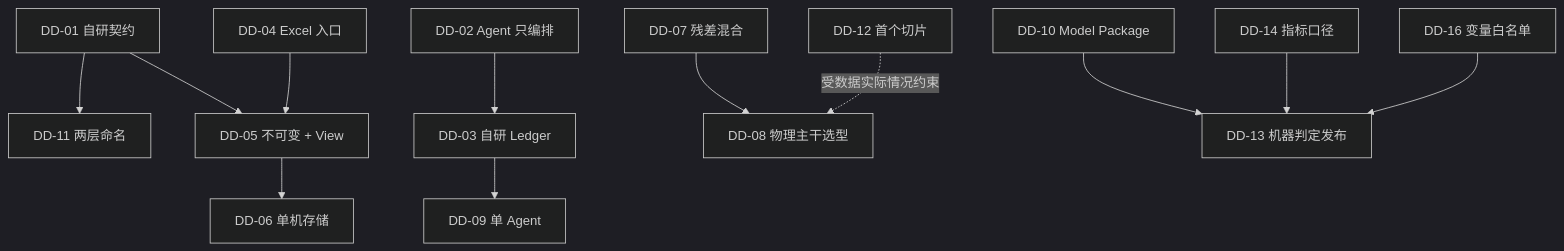
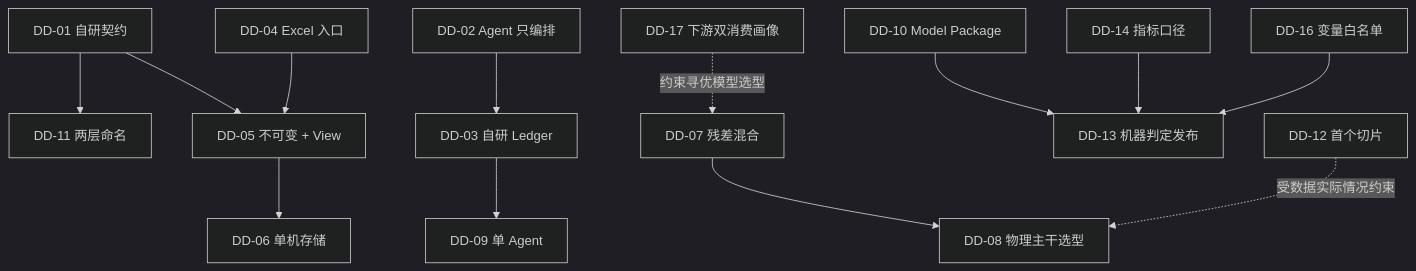
The diagram in docs/design-decisions.md (66-zhimeng/ThermoForge), drawn with Mermaid (dark theme) before and after one commit. The commit also changed other lines of this file and 6 other files, not shown here.

````diff
--- a/docs/design-decisions.md
+++ b/docs/design-decisions.md
@@ -319,14 +344,15 @@
 ```mermaid
 flowchart TD
     DD01["DD-01 自研契约"] --> DD11["DD-11 两层命名"]
     DD01 --> DD05["DD-05 不可变 + View"]
     DD04["DD-04 Excel 入口"] --> DD05
     DD05 --> DD06["DD-06 单机存储"]
     DD02["DD-02 Agent 只编排"] --> DD03["DD-03 自研 Ledger"]
     DD03 --> DD09["DD-09 单 Agent"]
     DD07["DD-07 残差混合"] --> DD08["DD-08 物理主干选型"]
     DD10["DD-10 Model Package"] --> DD13["DD-13 机器判定发布"]
     DD14["DD-14 指标口径"] --> DD13
     DD12["DD-12 首个切片"] -.受数据实际情况约束.-> DD08
     DD16["DD-16 变量白名单"] --> DD13
+    DD17["DD-17 下游双消费画像"] -.约束寻优模型选型.-> DD07
 ```
````
